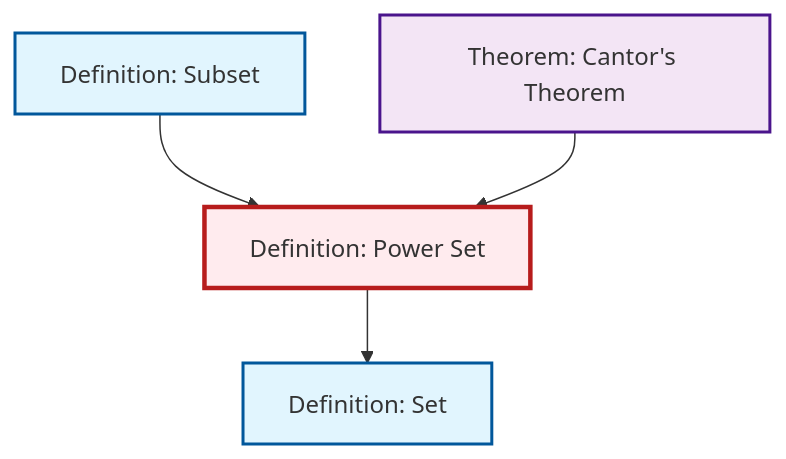
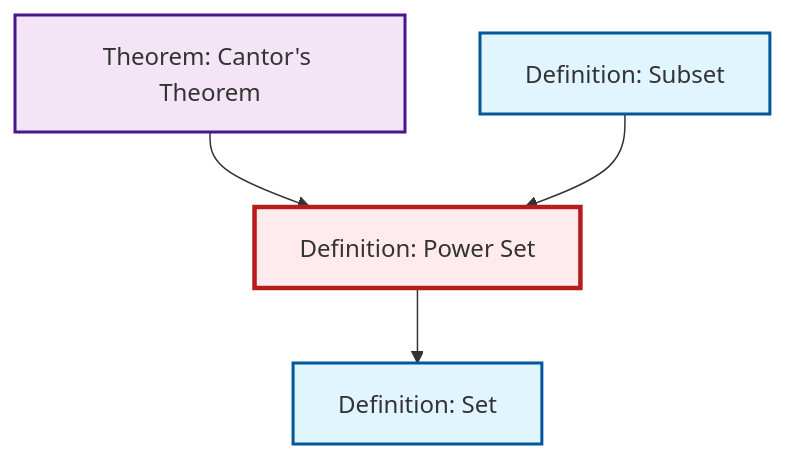
One commit to RK0429/ModernMath changed the diagram in output/mermaid/def-power-set.mermaid. Above: the diagram before and after it, drawn with Mermaid. The commit also changed other lines of this file and 1111 other files, not shown here.

````diff
--- a/output/mermaid/def-power-set.mermaid
+++ b/output/mermaid/def-power-set.mermaid
@@ -1,17 +1,17 @@
 ```{mermaid}
 %%| fig-cap: "Local dependency graph"
 graph TD
     classDef definition fill:#e1f5fe,stroke:#01579b,stroke-width:2px
     classDef theorem fill:#f3e5f5,stroke:#4a148c,stroke-width:2px
     classDef axiom fill:#fff3e0,stroke:#e65100,stroke-width:2px
     classDef example fill:#e8f5e9,stroke:#1b5e20,stroke-width:2px
     classDef current fill:#ffebee,stroke:#b71c1c,stroke-width:3px
-    thm-cantor["Theorem: Cantor's Theorem"]:::theorem
-    def-power-set["Definition: Power Set"]:::definition
     def-subset["Definition: Subset"]:::definition
     def-set["Definition: Set"]:::definition
+    def-power-set["Definition: Power Set"]:::definition
+    thm-cantor["Theorem: Cantor's Theorem"]:::theorem
+    thm-cantor --> def-power-set
     def-power-set --> def-set
     def-subset --> def-power-set
-    thm-cantor --> def-power-set
     class def-power-set current
 ```
````
